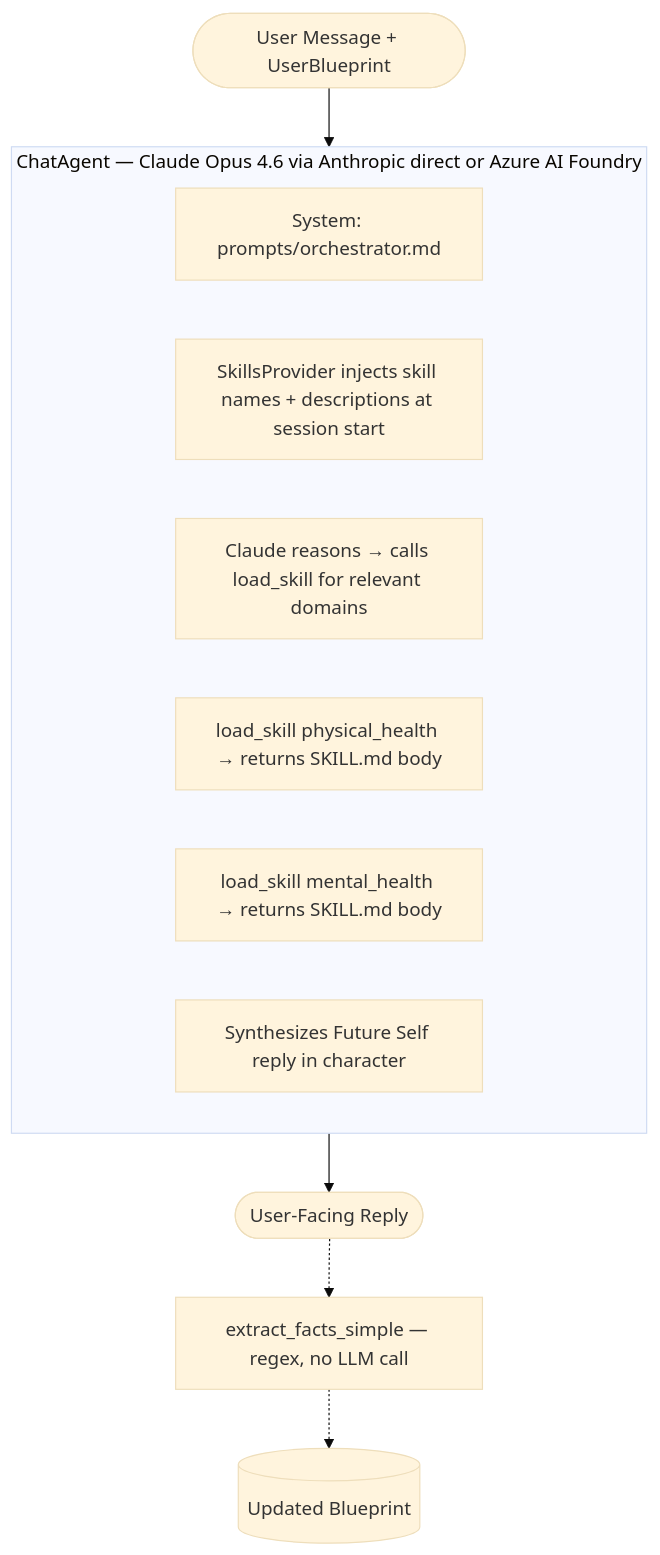
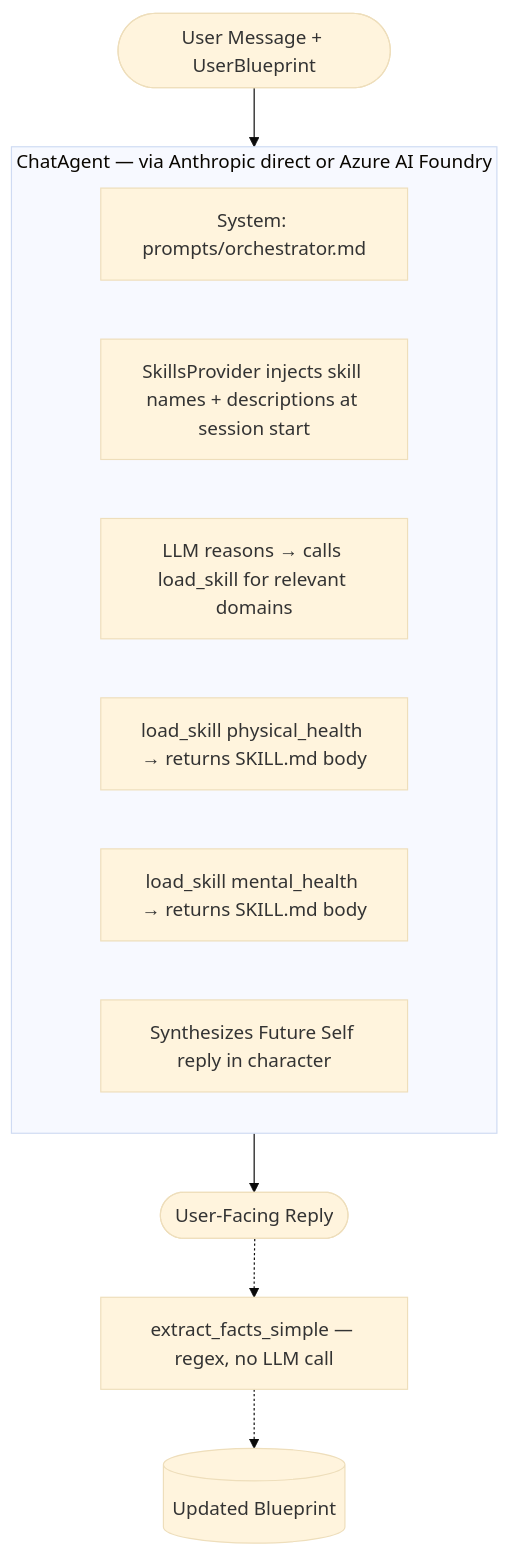
The diagram in futureself-spec.md (scopeta/futureself), drawn with Mermaid (base theme) before and after one commit. The commit also changed other lines of this file and 1 other file, not shown here.

````diff
--- a/futureself-spec.md
+++ b/futureself-spec.md
@@ -29,17 +29,17 @@
 ```mermaid
 flowchart TD
     User([User Message + UserBlueprint]) --> Agent
 
-    subgraph Agent [ChatAgent — Claude Opus 4.6 via Anthropic direct or Azure AI Foundry]
+    subgraph Agent [ChatAgent — via Anthropic direct or Azure AI Foundry]
         System[System: prompts/orchestrator.md]
         Skills[SkillsProvider injects skill names + descriptions at session start]
-        Reason[Claude reasons → calls load_skill for relevant domains]
+        Reason[LLM reasons → calls load_skill for relevant domains]
         Skill1[load_skill physical_health → returns SKILL.md body]
         Skill2[load_skill mental_health → returns SKILL.md body]
         Synthesize[Synthesizes Future Self reply in character]
     end
 
     Agent --> Reply([User-Facing Reply])
     Reply -.-> Facts[extract_facts_simple — regex, no LLM call]
     Facts -.-> Blueprint[(Updated Blueprint)]
 ```
````
